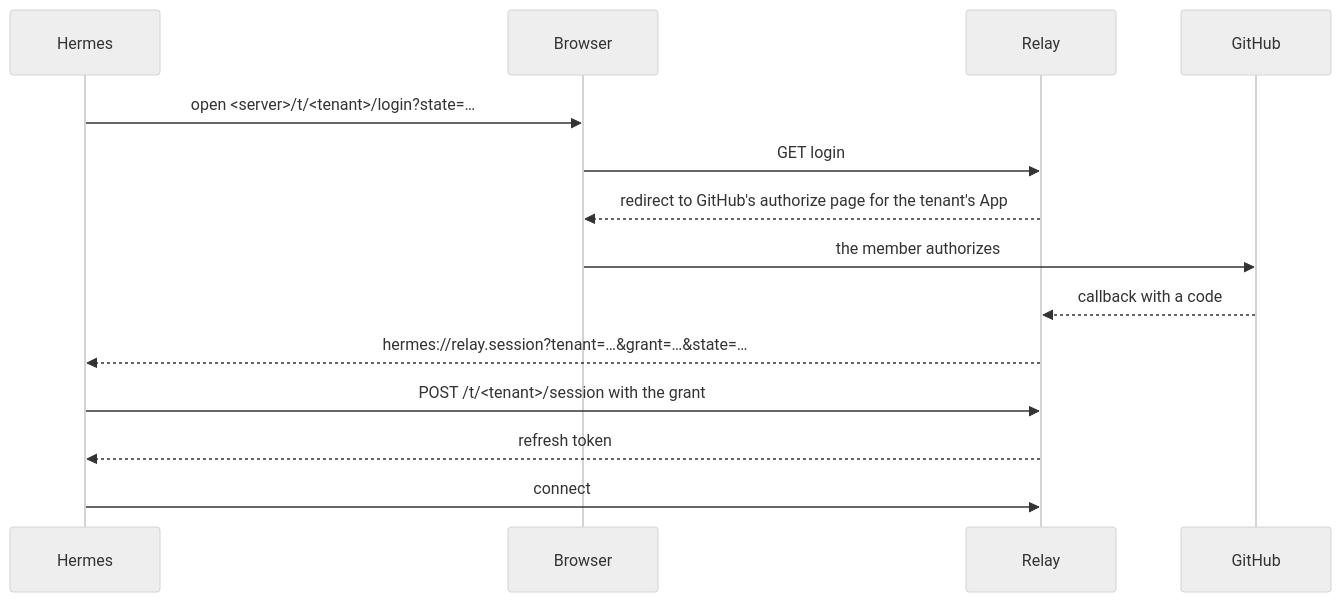
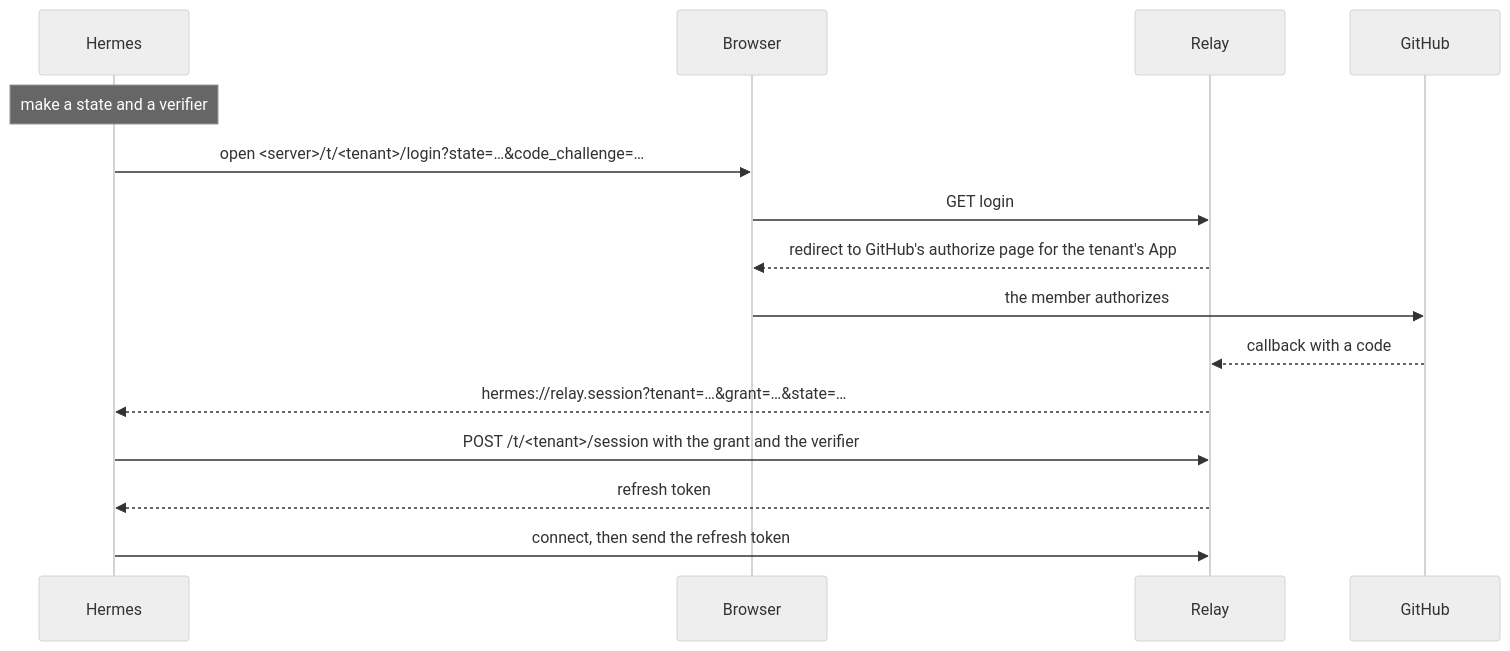
Before and after one commit to bojanrajkovic/hermes: the third of 6 diagrams in plans/relay-client.md, drawn with Mermaid (neutral theme). The commit also changed other lines of this file and 5 other files, not shown here.

First line of the commit message:
Keep the refresh token and the sign-in's secret out of the relay's addresses

````diff
--- a/plans/relay-client.md
+++ b/plans/relay-client.md
@@ -130,16 +130,17 @@
 ```mermaid
 sequenceDiagram
     participant H as Hermes
     participant B as Browser
     participant R as Relay
     participant G as GitHub
-    H->>B: open #lt;server#gt;/t/#lt;tenant#gt;/login?state=…
+    Note over H: make a state and a verifier
+    H->>B: open #lt;server#gt;/t/#lt;tenant#gt;/login?state=…&code_challenge=…
     B->>R: GET login
     R-->>B: redirect to GitHub's authorize page for the tenant's App
     B->>G: the member authorizes
     G-->>R: callback with a code
     R-->>H: hermes://relay.session?tenant=…&grant=…&state=…
-    H->>R: POST /t/#lt;tenant#gt;/session with the grant
+    H->>R: POST /t/#lt;tenant#gt;/session with the grant and the verifier
     R-->>H: refresh token
-    H->>R: connect
+    H->>R: connect, then send the refresh token
 ```
````
